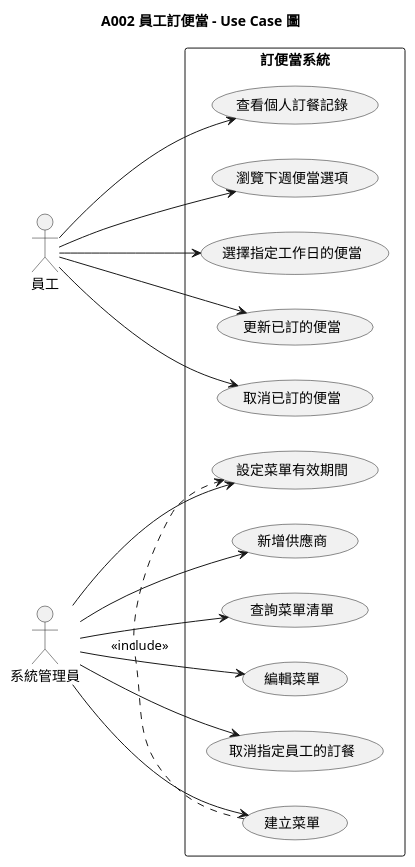
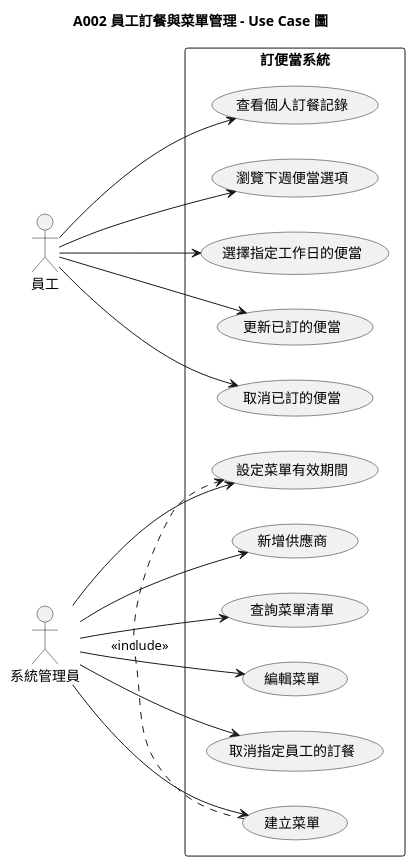
The diagram in output/A002/A002-usecase.puml (teyhawzhe/bento-uml), drawn with PlantUML before and after one commit. The commit also changed 30 other files, not shown here.

```diff
--- a/output/A002/A002-usecase.puml
+++ b/output/A002/A002-usecase.puml
@@ -1,38 +1,38 @@
 @startuml A002-usecase
 
 left to right direction
-title A002 員工訂便當 - Use Case 圖
+title A002 員工訂餐與菜單管理 - Use Case 圖
 
 actor 員工
 actor 系統管理員
 
 rectangle 訂便當系統 {
   usecase "瀏覽下週便當選項" as UC1
   usecase "選擇指定工作日的便當" as UC2
   usecase "更新已訂的便當" as UC8
   usecase "取消已訂的便當" as UC3
   usecase "查看個人訂餐記錄" as UC4
   usecase "新增供應商" as UC11
   usecase "建立菜單" as UC5
   usecase "設定菜單有效期間" as UC6
   usecase "查詢菜單清單" as UC9
   usecase "編輯菜單" as UC10
   usecase "取消指定員工的訂餐" as UC7
 }
 
 員工 --> UC1
 員工 --> UC2
 員工 --> UC8
 員工 --> UC3
 員工 --> UC4
 
 系統管理員 --> UC11
 系統管理員 --> UC5
 系統管理員 --> UC6
 系統管理員 --> UC9
 系統管理員 --> UC10
 系統管理員 --> UC7
 
 UC5 .> UC6 : <<include>>
 
 @enduml
```
